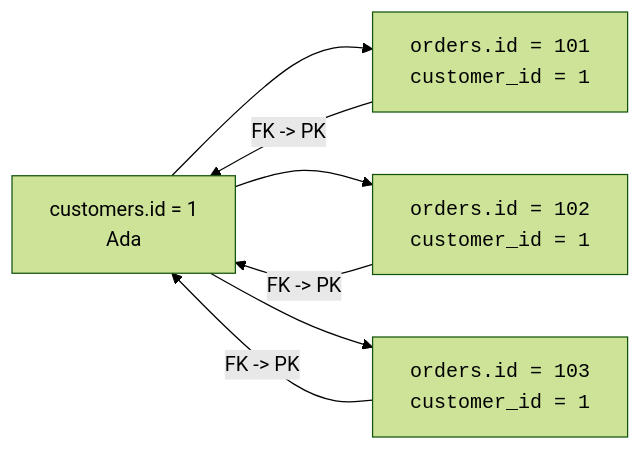
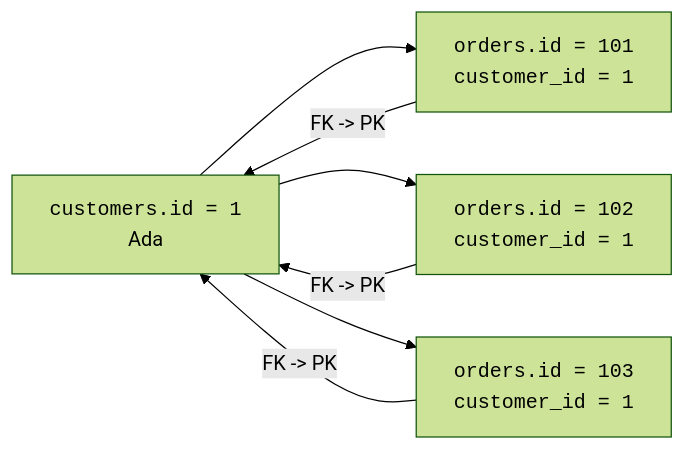
One commit to dataslope/dataslope changed the third of 4 diagrams in content/learn/database-design-postgresql/one-to-many.mdx. Above: the diagram before and after it, drawn with Mermaid (forest theme). The commit also changed other lines of this file and 100 other files, not shown here.

First line of the commit message:
Wrap more code in diagram labels: filenames, hex, assignments, subgraph titles

````diff
--- a/content/learn/database-design-postgresql/one-to-many.mdx
+++ b/content/learn/database-design-postgresql/one-to-many.mdx
@@ -56,9 +56,9 @@
 ```mermaid
 flowchart LR
-    C["customers.id = 1<br/>Ada"] --> O1["<code>orders.id = 101<br/>customer_id = 1</code>"]
+    C["<code>customers.id = 1</code><br/>Ada"] --> O1["<code>orders.id = 101<br/>customer_id = 1</code>"]
     C --> O2["<code>orders.id = 102<br/>customer_id = 1</code>"]
     C --> O3["<code>orders.id = 103<br/>customer_id = 1</code>"]
     O1 -->|"FK -> PK"| C
     O2 -->|"FK -> PK"| C
     O3 -->|"FK -> PK"| C
 ```
````
